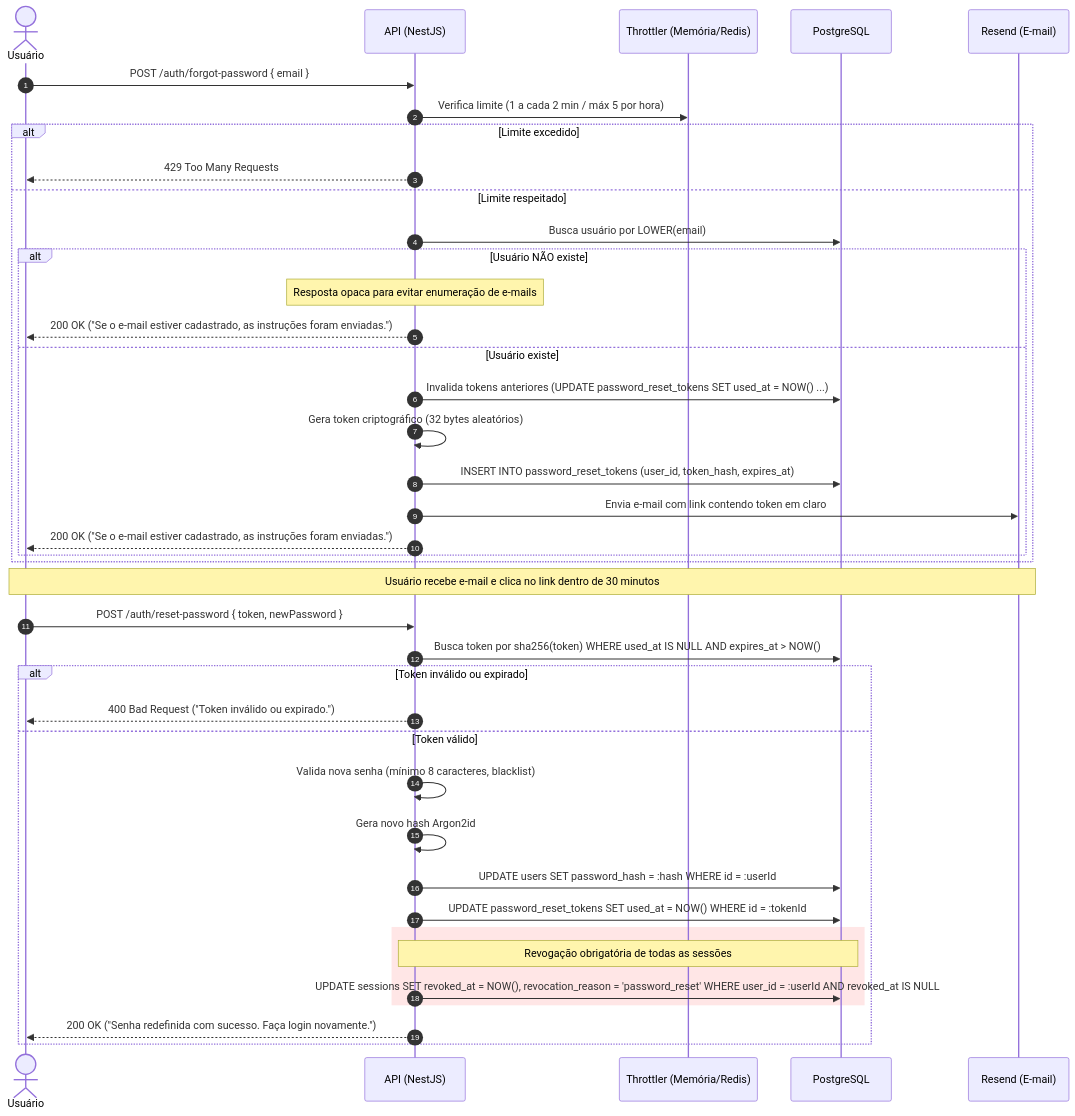
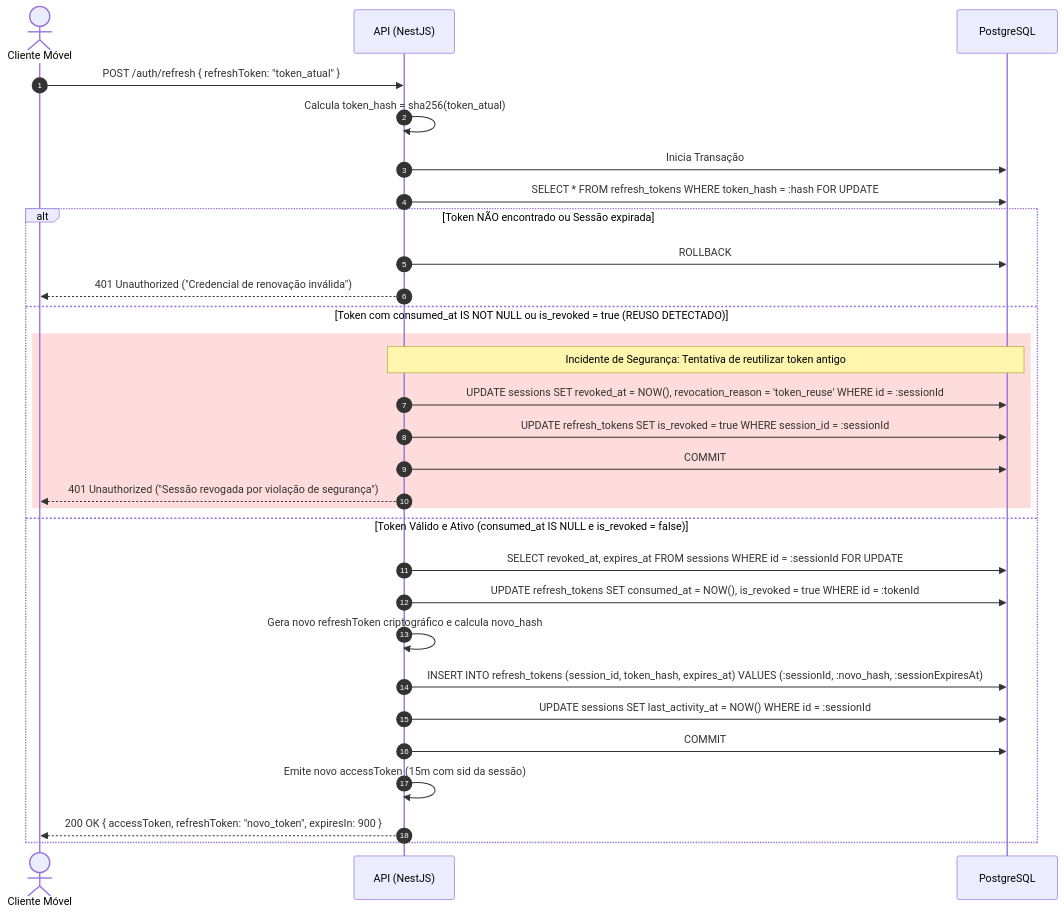
Before and after one commit to JaviDansen/ArenaGo: the fourth of 6 diagrams in docs/task-6.1-arquitetura-backend.md, drawn with Mermaid. The commit also changed other lines of this file, not shown here.

````diff
--- a/docs/task-6.1-arquitetura-backend.md
+++ b/docs/task-6.1-arquitetura-backend.md
@@ -640,45 +680,34 @@
 ```mermaid
 sequenceDiagram
     autonumber
-    actor User as Usuário
+    actor Client as Cliente Móvel
     participant API as API (NestJS)
-    participant RateLimiter as Throttler (Memória/Redis)
     participant DB as PostgreSQL
-    participant EmailSvc as Resend (E-mail)
 
-    User->>API: POST /auth/forgot-password { email }
-    API->>RateLimiter: Verifica limite (1 a cada 2 min / máx 5 por hora)
-    alt Limite excedido
-        API-->>User: 429 Too Many Requests
-    else Limite respeitado
-        API->>DB: Busca usuário por LOWER(email)
-        alt Usuário NÃO existe
-            Note over API: Resposta opaca para evitar enumeração de e-mails
-            API-->>User: 200 OK ("Se o e-mail estiver cadastrado, as instruções foram enviadas.")
-        else Usuário existe
-            API->>DB: Invalida tokens anteriores (UPDATE password_reset_tokens SET used_at = NOW() ...)
-            API->>API: Gera token criptográfico (32 bytes aleatórios)
-            API->>DB: INSERT INTO password_reset_tokens (user_id, token_hash, expires_at)
-            API->>EmailSvc: Envia e-mail com link contendo token em claro
-            API-->>User: 200 OK ("Se o e-mail estiver cadastrado, as instruções foram enviadas.")
+    Client->>API: POST /auth/refresh { refreshToken: "token_atual" }
+    API->>API: Calcula token_hash = sha256(token_atual)
+    API->>DB: Inicia Transação
+    API->>DB: SELECT * FROM refresh_tokens WHERE token_hash = :hash FOR UPDATE
+
+    alt Token NÃO encontrado ou Sessão expirada
+        API->>DB: ROLLBACK
+        API-->>Client: 401 Unauthorized ("Credencial de renovação inválida")
+    else Token com consumed_at IS NOT NULL ou is_revoked = true (REUSO DETECTADO)
+        rect rgb(255, 220, 220)
+        Note over API,DB: Incidente de Segurança: Tentativa de reutilizar token antigo
+        API->>DB: UPDATE sessions SET revoked_at = NOW(), revocation_reason = 'token_reuse' WHERE id = :sessionId
+        API->>DB: UPDATE refresh_tokens SET is_revoked = true WHERE session_id = :sessionId
+        API->>DB: COMMIT
+        API-->>Client: 401 Unauthorized ("Sessão revogada por violação de segurança")
         end
-    end
-
-    Note over User,EmailSvc: Usuário recebe e-mail e clica no link dentro de 30 minutos
-
-    User->>API: POST /auth/reset-password { token, newPassword }
-    API->>DB: Busca token por sha256(token) WHERE used_at IS NULL AND expires_at > NOW()
-    alt Token inválido ou expirado
-        API-->>User: 400 Bad Request ("Token inválido ou expirado.")
-    else Token válido
-        API->>API: Valida nova senha (mínimo 8 caracteres, blacklist)
-        API->>API: Gera novo hash Argon2id
-        API->>DB: UPDATE users SET password_hash = :hash WHERE id = :userId
-        API->>DB: UPDATE password_reset_tokens SET used_at = NOW() WHERE id = :tokenId
-        rect rgb(255, 230, 230)
-        Note over API,DB: Revogação obrigatória de todas as sessões
-        API->>DB: UPDATE sessions SET revoked_at = NOW(), revocation_reason = 'password_reset' WHERE user_id = :userId AND revoked_at IS NULL
-        end
-        API-->>User: 200 OK ("Senha redefinida com sucesso. Faça login novamente.")
+    else Token Válido e Ativo (consumed_at IS NULL e is_revoked = false)
+        API->>DB: SELECT revoked_at, expires_at FROM sessions WHERE id = :sessionId FOR UPDATE
+        API->>DB: UPDATE refresh_tokens SET consumed_at = NOW(), is_revoked = true WHERE id = :tokenId
+        API->>API: Gera novo refreshToken criptográfico e calcula novo_hash
+        API->>DB: INSERT INTO refresh_tokens (session_id, token_hash, expires_at) VALUES (:sessionId, :novo_hash, :sessionExpiresAt)
+        API->>DB: UPDATE sessions SET last_activity_at = NOW() WHERE id = :sessionId
+        API->>DB: COMMIT
+        API->>API: Emite novo accessToken (15m com sid da sessão)
+        API-->>Client: 200 OK { accessToken, refreshToken: "novo_token", expiresIn: 900 }
     end
 ```
````
